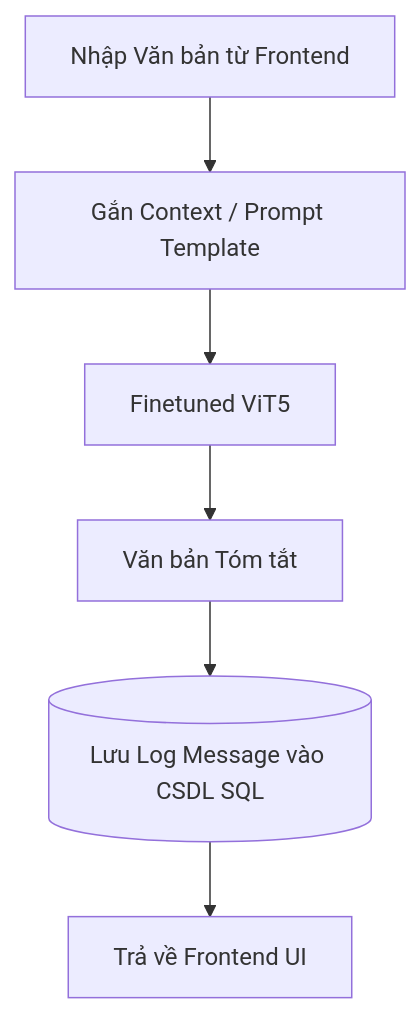
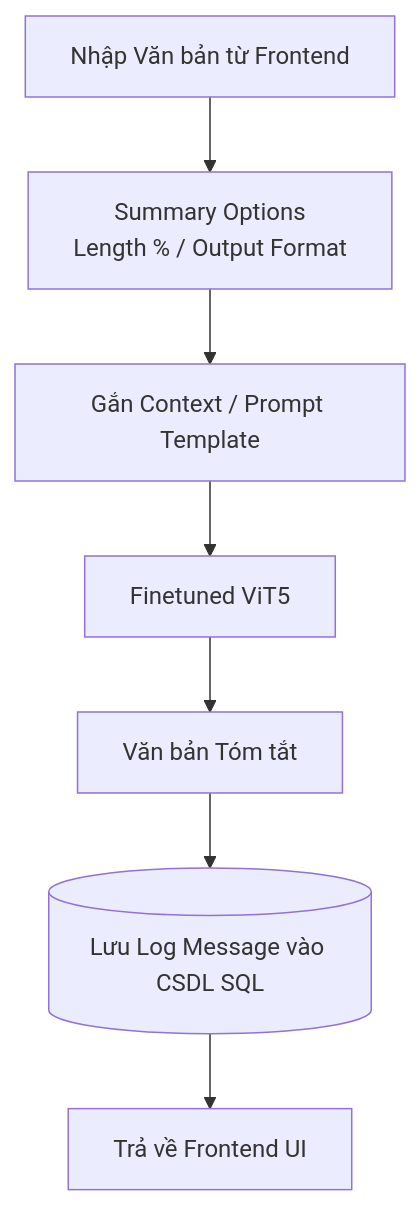
One commit to kienng221105/Summarize-Vietnamese-Text changed the fourth of 7 diagrams in README.md. Above: the diagram before and after it, drawn with Mermaid. The commit also changed other lines of this file and 42 other files, not shown here.

Commit message:
Update folder structure, remove chat feature, update architecture

````diff
--- a/README.md
+++ b/README.md
@@ -187,15 +122,17 @@
 ```mermaid
-
 flowchart TD
 
-  A[Nhập Văn bản từ Frontend] --> B[Gắn Context / Prompt Template]
+  A[Nhập Văn bản từ Frontend]
 
-  B --> C[Finetuned ViT5]
+  A --> O[Summary Options<br/>Length % / Output Format]
 
-  C --> D[Văn bản Tóm tắt]
+  O --> B[Gắn Context / Prompt Template]
 
-  D --> E[(Lưu Log Message vào CSDL SQL)]
+  B --> C[Finetuned ViT5]
 
-  E --> F[Trả về Frontend UI]
+  C --> D[Văn bản Tóm tắt]
 
+  D --> E[(Lưu Log Message vào CSDL SQL)]
+
+  E --> F[Trả về Frontend UI]
 ```
````
